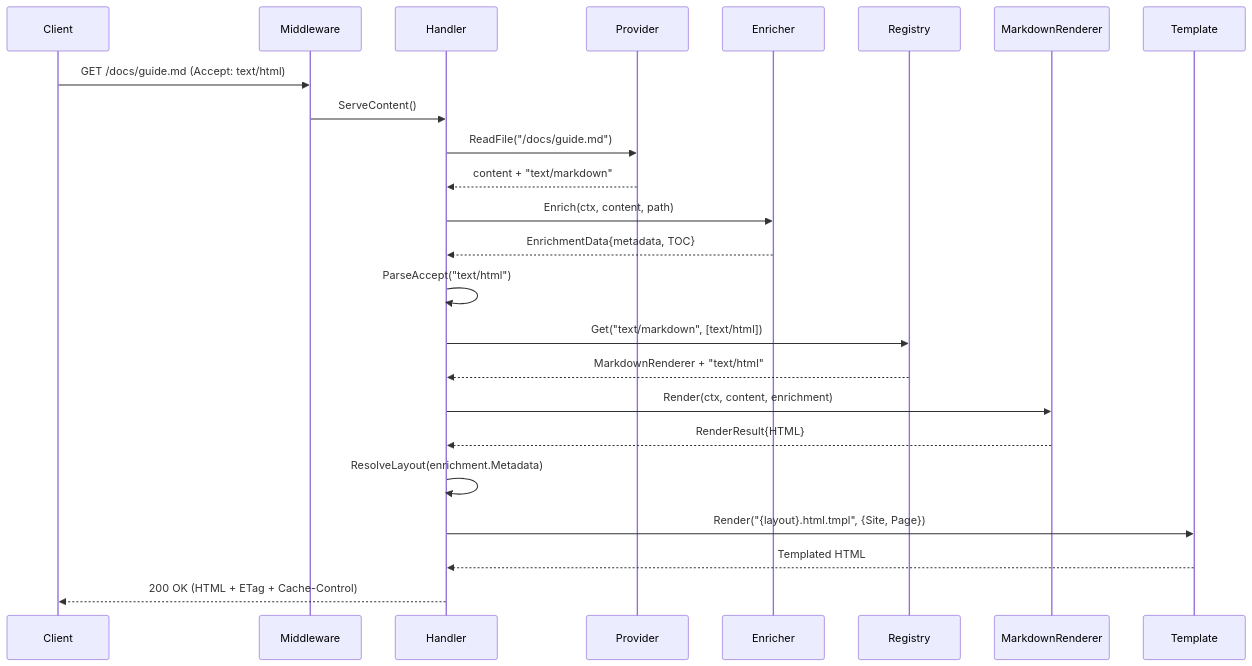
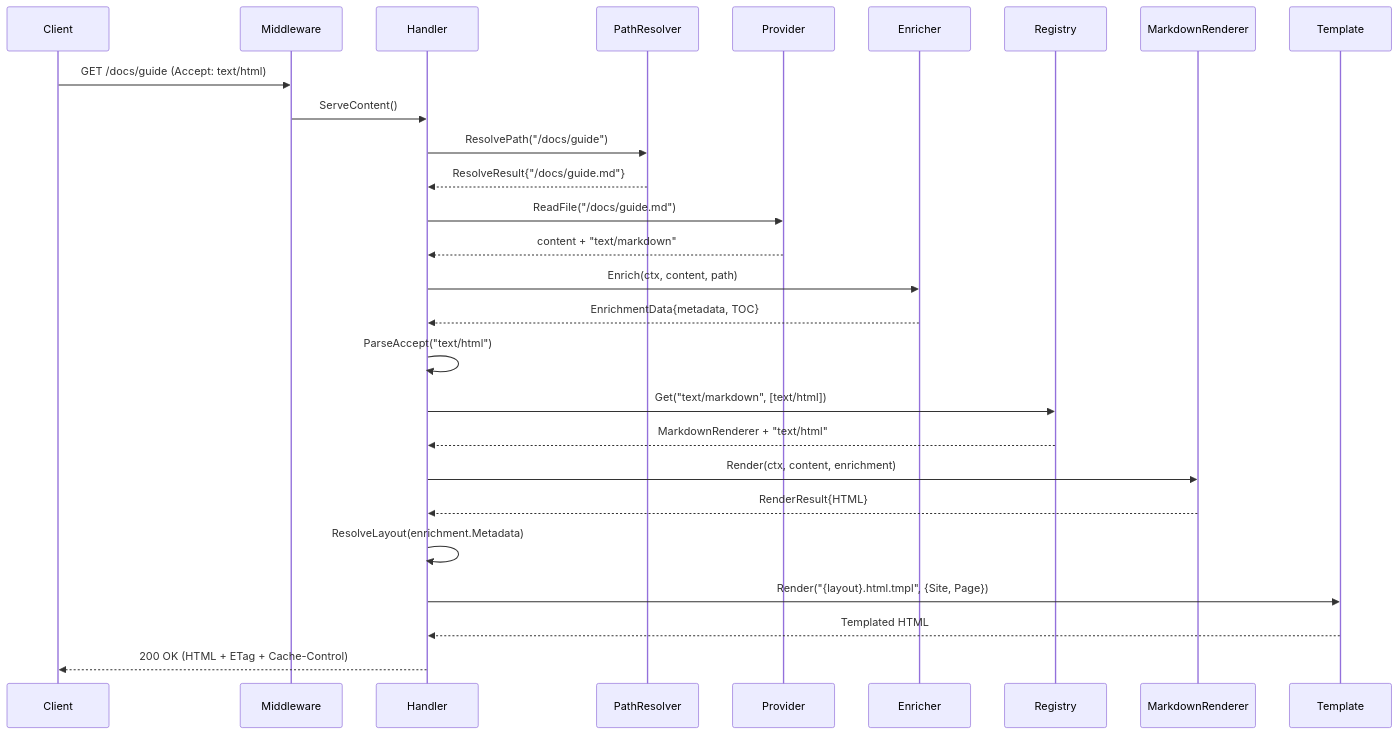
One commit to monolithiclab/gomddoc changed the second of 3 diagrams in docs/architecture.md. Above: the diagram before and after it, drawn with Mermaid. The commit also changed other lines of this file and 2 other files, not shown here.

````diff
--- a/docs/architecture.md
+++ b/docs/architecture.md
@@ -444,27 +470,30 @@
 ```mermaid
 sequenceDiagram
     participant C as Client
     participant M as Middleware
     participant H as Handler
+    participant RES as PathResolver
     participant P as Provider
     participant EN as Enricher
     participant Reg as Registry
     participant R as MarkdownRenderer
     participant T as Template
 
-    C->>M: GET /docs/guide.md (Accept: text/html)
+    C->>M: GET /docs/guide (Accept: text/html)
     M->>H: ServeContent()
+    H->>RES: ResolvePath("/docs/guide")
+    RES-->>H: ResolveResult{"/docs/guide.md"}
     H->>P: ReadFile("/docs/guide.md")
     P-->>H: content + "text/markdown"
     H->>EN: Enrich(ctx, content, path)
     EN-->>H: EnrichmentData{metadata, TOC}
     H->>H: ParseAccept("text/html")
     H->>Reg: Get("text/markdown", [text/html])
     Reg-->>H: MarkdownRenderer + "text/html"
     H->>R: Render(ctx, content, enrichment)
     R-->>H: RenderResult{HTML}
     H->>H: ResolveLayout(enrichment.Metadata)
     H->>T: Render("{layout}.html.tmpl", {Site, Page})
     T-->>H: Templated HTML
     H-->>C: 200 OK (HTML + ETag + Cache-Control)
 ```
````
